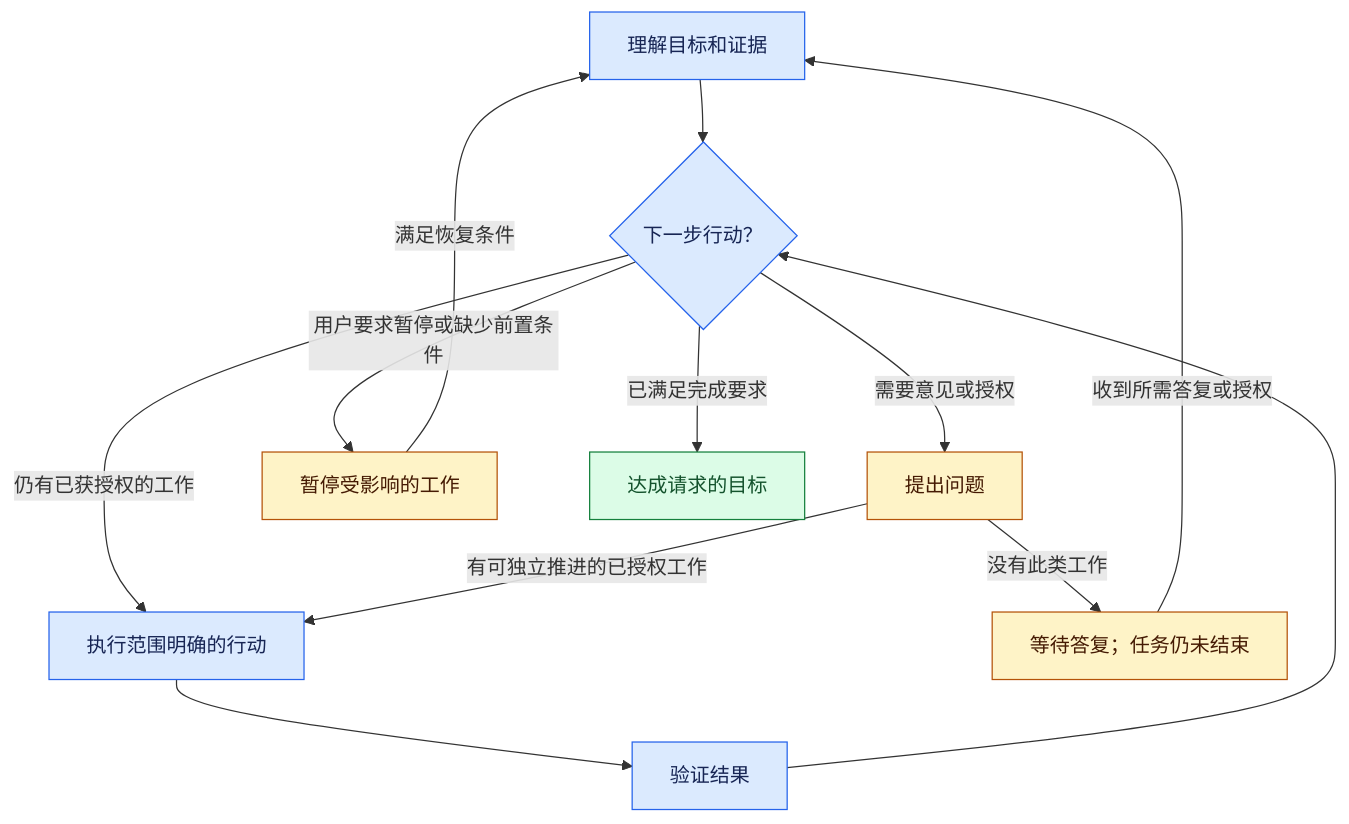
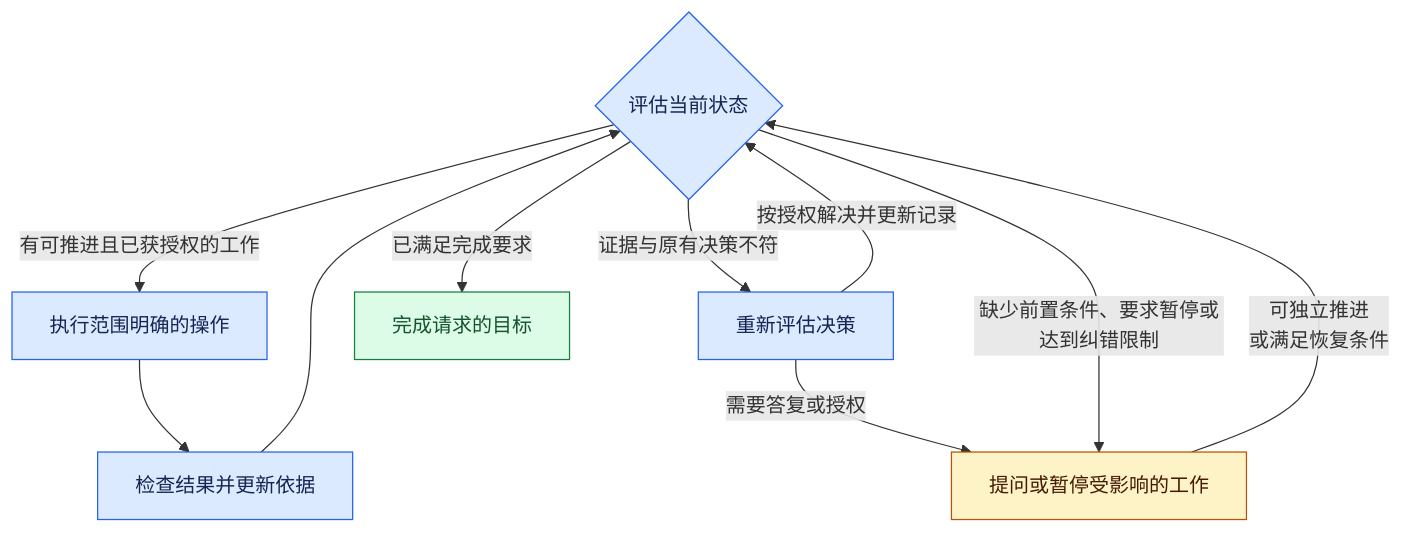
One commit to Lusona/ai-skills changed the diagram in README.zh-CN.md. Above: the diagram before and after it, drawn with Mermaid. The commit also changed other lines of this file and 6 other files, not shown here.

````diff
--- a/README.zh-CN.md
+++ b/README.zh-CN.md
@@ -147,21 +138,20 @@
 ```mermaid
 flowchart TD
-    Understand[理解目标和证据] --> Assess{下一步行动？}
-    Assess -->|仍有已获授权的工作| Act[执行范围明确的行动]
-    Act --> Check[验证结果]
+    Assess{评估当前状态}
+    Assess -->|有可推进且已获授权的工作| Act[执行范围明确的操作]
+    Act --> Check[检查结果并更新依据]
     Check --> Assess
-    Assess -->|需要意见或授权| Ask[提出问题]
-    Ask -->|有可独立推进的已授权工作| Act
-    Ask -->|没有此类工作| Wait[等待答复；任务仍未结束]
-    Wait -->|收到所需答复或授权| Understand
-    Assess -->|用户要求暂停或缺少前置条件| Pause[暂停受影响的工作]
-    Pause -->|满足恢复条件| Understand
-    Assess -->|已满足完成要求| Done[达成请求的目标]
+    Assess -->|证据与原有决策不符| Revise[重新评估决策]
+    Revise -->|按授权解决并更新记录| Assess
+    Revise -->|需要答复或授权| Blocked[提问或暂停受影响的工作]
+    Assess -->|缺少前置条件、要求暂停或达到纠错限制| Blocked
+    Blocked -->|可独立推进<br/>或满足恢复条件| Assess
+    Assess -->|已满足完成要求| Done[完成请求的目标]
 
     classDef work fill:#dbeafe,stroke:#2563eb,color:#172554
     classDef input fill:#fef3c7,stroke:#b45309,color:#451a03
     classDef complete fill:#dcfce7,stroke:#15803d,color:#14532d
-    class Understand,Assess,Act,Check work
-    class Ask,Wait,Pause input
+    class Assess,Act,Check,Revise work
+    class Blocked input
     class Done complete
 ```
````
